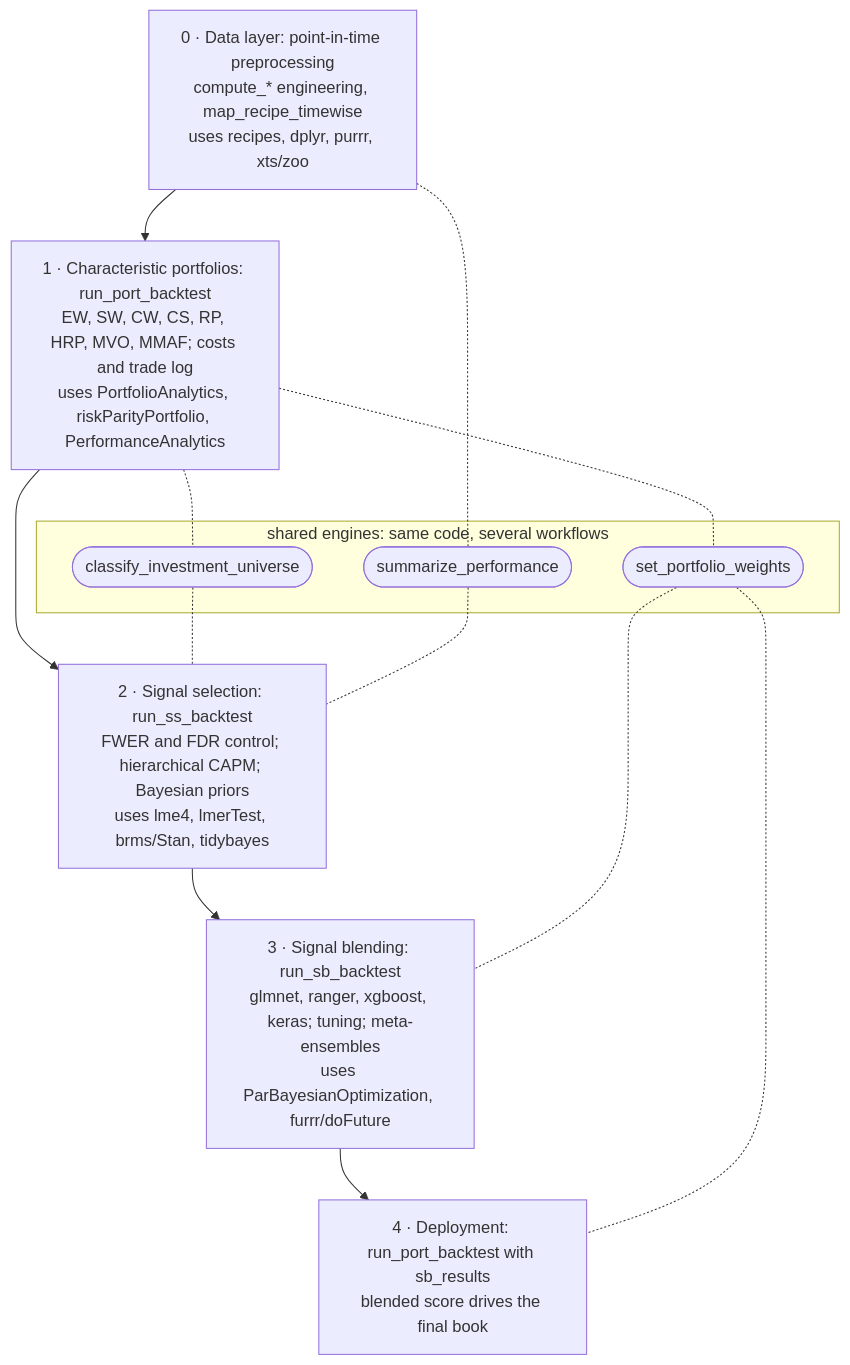
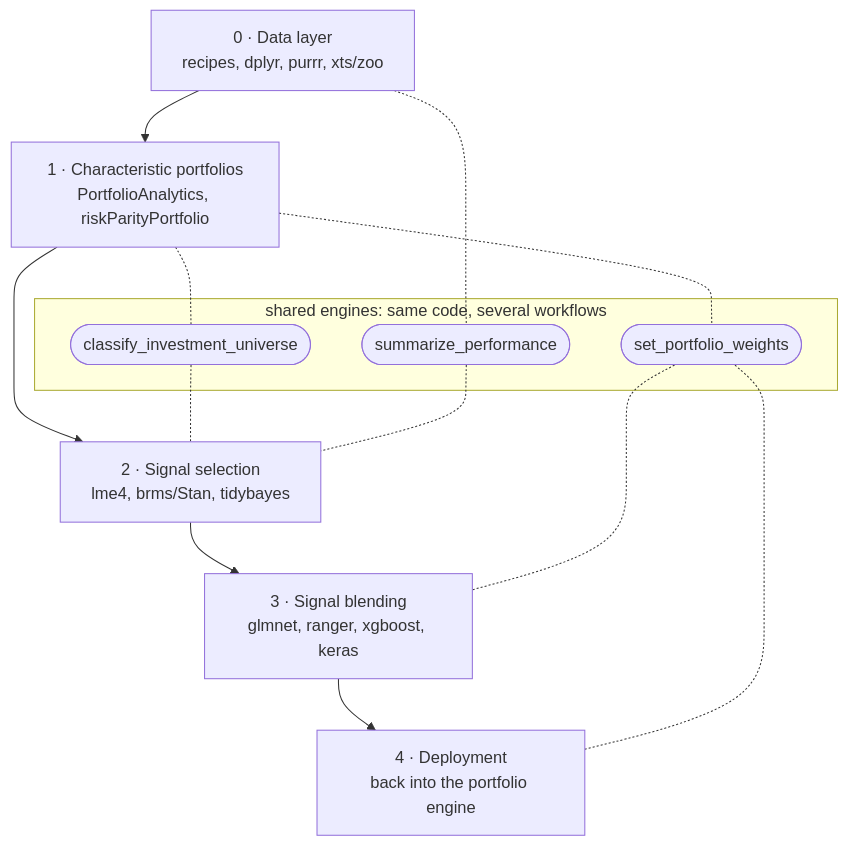
Before and after one commit to pauloguimaraes871/factoRverse: the second of 2 diagrams in README.Rmd, drawn with Mermaid. The commit also changed 1 other file, not shown here.

Commit message:
Slim README ecosystem diagram so node text fits
GitHub scales the mermaid SVG to the README column, so the previous
three-line node labels overflowed their boxes. Reduce each stage node to
a title plus its key packages; the surrounding prose and the FactorOps
map page carry the per-workflow feature detail.

````diff
--- a/README.Rmd
+++ b/README.Rmd
@@ -108,21 +108,21 @@
 ``` mermaid
 flowchart TB
-    S0["0 · Data layer: point-in-time preprocessing<br/>compute_* engineering, map_recipe_timewise<br/>uses recipes, dplyr, purrr, xts/zoo"]
-    P1["1 · Characteristic portfolios: run_port_backtest<br/>EW, SW, CW, CS, RP, HRP, MVO, MMAF; costs and trade log<br/>uses PortfolioAnalytics, riskParityPortfolio, PerformanceAnalytics"]
-    P2["2 · Signal selection: run_ss_backtest<br/>FWER and FDR control; hierarchical CAPM; Bayesian priors<br/>uses lme4, lmerTest, brms/Stan, tidybayes"]
-    P3["3 · Signal blending: run_sb_backtest<br/>glmnet, ranger, xgboost, keras; tuning; meta-ensembles<br/>uses ParBayesianOptimization, furrr/doFuture"]
-    P4["4 · Deployment: run_port_backtest with sb_results<br/>blended score drives the final book"]
+    S0["0 · Data layer<br/>recipes, dplyr, purrr, xts/zoo"]
+    P1["1 · Characteristic portfolios<br/>PortfolioAnalytics, riskParityPortfolio"]
+    P2["2 · Signal selection<br/>lme4, brms/Stan, tidybayes"]
+    P3["3 · Signal blending<br/>glmnet, ranger, xgboost, keras"]
+    P4["4 · Deployment<br/>back into the portfolio engine"]
 
     S0 --> P1 --> P2 --> P3 --> P4
 
     subgraph SHARED ["shared engines: same code, several workflows"]
         SPW(["set_portfolio_weights"])
         CIU(["classify_investment_universe"])
         SPF(["summarize_performance"])
     end
 
     P1 -.- SPW -.- P3
     SPW -.- P4
     P1 -.- CIU -.- P2
     S0 -.- SPF -.- P2
 ```
````
